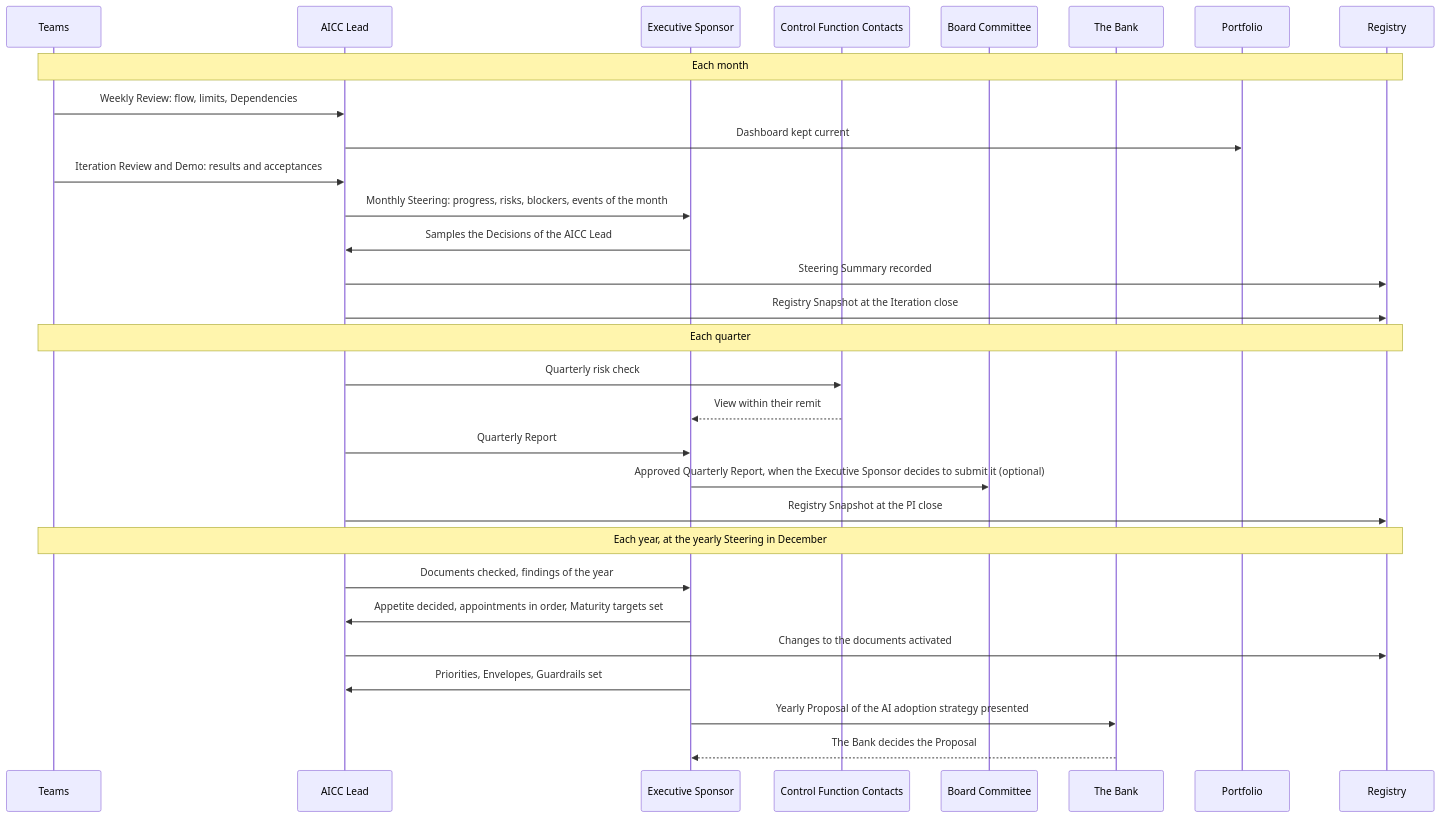
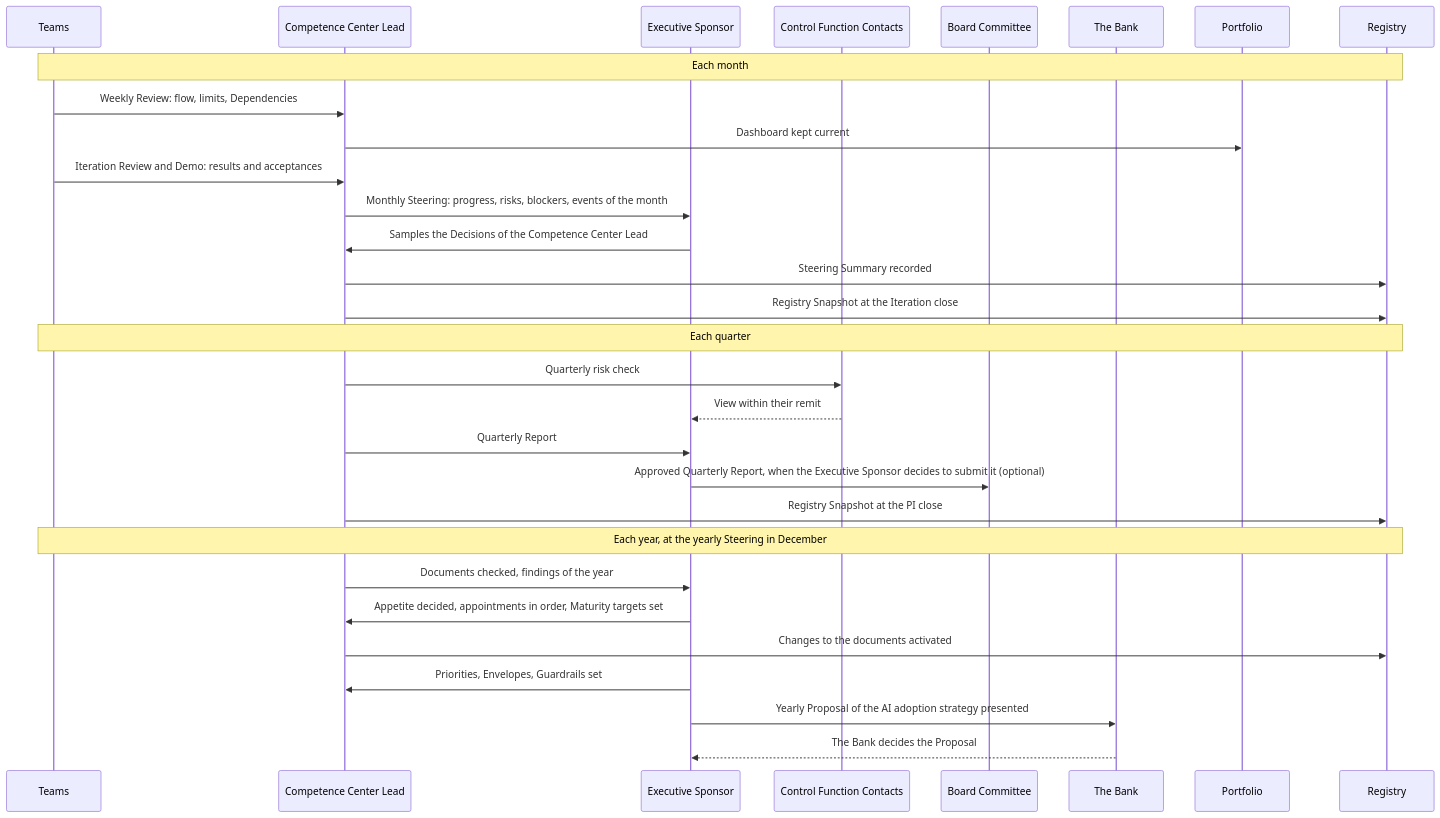
Before and after one commit to devhogu/ob-aicc: the third of 6 diagrams in charter/en/workflows/unit-governance.md, drawn with Mermaid. The commit also changed other lines of this file and 1149 other files, not shown here.

First line of the commit message:
The name Competence Center: AICC stays only as a code (DR-2026-066)

````diff
--- a/charter/en/workflows/unit-governance.md
+++ b/charter/en/workflows/unit-governance.md
@@ -78,32 +78,32 @@
 ```mermaid
 sequenceDiagram
   participant T as Teams
-  participant L as AICC Lead
+  participant L as Competence Center Lead
   participant ES as Executive Sponsor
   participant CF as Control Function Contacts
   participant BC as Board Committee
   participant BK as The Bank
   participant P as Portfolio
   participant R as Registry
   Note over T,R: Each month
   T->>L: Weekly Review: flow, limits, Dependencies
   L->>P: Dashboard kept current
   T->>L: Iteration Review and Demo: results and acceptances
   L->>ES: Monthly Steering: progress, risks, blockers, events of the month
-  ES->>L: Samples the Decisions of the AICC Lead
+  ES->>L: Samples the Decisions of the Competence Center Lead
   L->>R: Steering Summary recorded
   L->>R: Registry Snapshot at the Iteration close
   Note over T,R: Each quarter
   L->>CF: Quarterly risk check
   CF-->>ES: View within their remit
   L->>ES: Quarterly Report
   ES->>BC: Approved Quarterly Report, when the Executive Sponsor decides to submit it (optional)
   L->>R: Registry Snapshot at the PI close
   Note over T,R: Each year, at the yearly Steering in December
   L->>ES: Documents checked, findings of the year
   ES->>L: Appetite decided, appointments in order, Maturity targets set
   L->>R: Changes to the documents activated
   ES->>L: Priorities, Envelopes, Guardrails set
   ES->>BK: Yearly Proposal of the AI adoption strategy presented
   BK-->>ES: The Bank decides the Proposal
 ```
````
